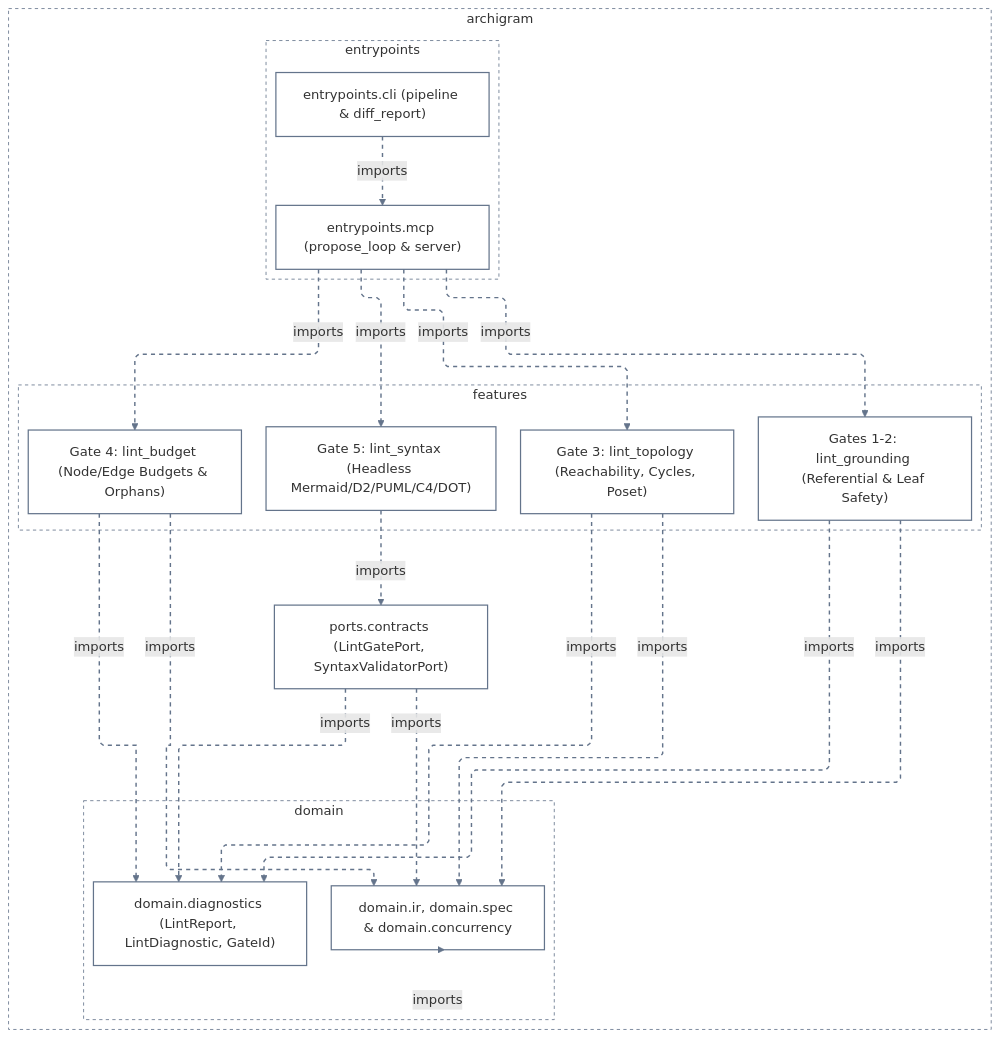
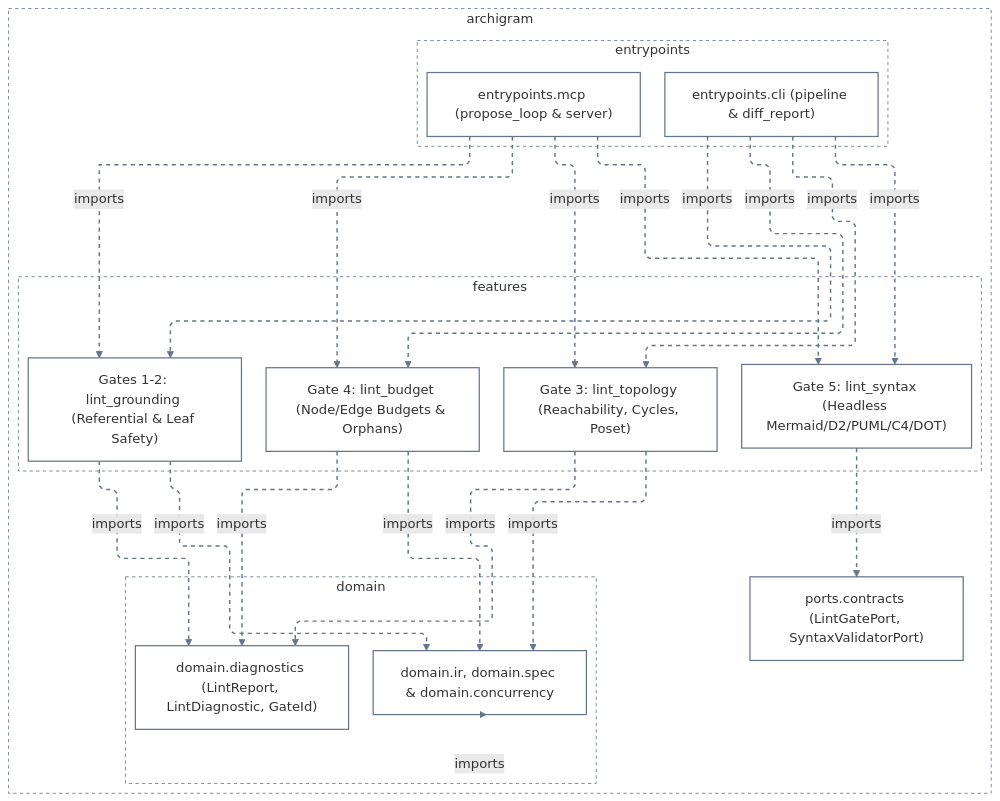
The third of 5 diagrams in docs/architecture/L2-subsystem-guides.md (klcd/archigram), drawn with Mermaid before and after one commit. The commit also changed other lines of this file and 39 other files, not shown here.

````diff
--- a/docs/architecture/L2-subsystem-guides.md
+++ b/docs/architecture/L2-subsystem-guides.md
@@ -172,51 +169,52 @@
 ```mermaid
 ---
 config:
   layout: elk
   elk:
     mergeEdges: false
     nodePlacementStrategy: BRANDES_KOEPF
   flowchart:
     defaultRenderer: elk
     curve: linear
 ---
 flowchart TD
   classDef default fill:transparent,stroke:#64748b,stroke-width:1.5px
   subgraph n0["archigram"]
     subgraph n1["domain"]
       n5["domain.diagnostics (LintReport, LintDiagnostic, GateId)"]
       n6["domain.ir, domain.spec & domain.concurrency"]
     end
     subgraph n2["entrypoints"]
       n4["entrypoints.cli (pipeline & diff_report)"]
       n11["entrypoints.mcp (propose_loop & server)"]
     end
     subgraph n3["features"]
       n7["Gates 1-2: lint_grounding (Referential & Leaf Safety)"]
       n8["Gate 3: lint_topology (Reachability, Cycles, Poset)"]
       n9["Gate 4: lint_budget (Node/Edge Budgets & Orphans)"]
       n10["Gate 5: lint_syntax (Headless Mermaid/D2/PUML/C4/DOT)"]
     end
     n12["ports.contracts (LintGatePort, SyntaxValidatorPort)"]
   end
   style n0 fill:transparent,stroke:#64748b,stroke-width:1px,stroke-dasharray:4 4
   style n1 fill:transparent,stroke:#64748b,stroke-width:1px,stroke-dasharray:4 4
   style n2 fill:transparent,stroke:#64748b,stroke-width:1px,stroke-dasharray:4 4
   style n3 fill:transparent,stroke:#64748b,stroke-width:1px,stroke-dasharray:4 4
   n9 -.->|"imports"| n5
   n8 -.->|"imports"| n5
   n7 -.->|"imports"| n5
   n6 -.->|"imports"| n1
   n8 -.->|"imports"| n6
   n7 -.->|"imports"| n6
-  n12 -.->|"imports"| n6
   n9 -.->|"imports"| n6
   n11 -.->|"imports"| n7
+  n4 -.->|"imports"| n7
+  n4 -.->|"imports"| n8
   n11 -.->|"imports"| n8
+  n4 -.->|"imports"| n9
   n11 -.->|"imports"| n9
   n11 -.->|"imports"| n10
-  n4 -.->|"imports"| n11
-  n12 -.->|"imports"| n5
+  n4 -.->|"imports"| n10
   n10 -.->|"imports"| n12
-  linkStyle 0,1,2,3,4,5,6,7,8,9,10,11,12,13,14 stroke:#64748b,stroke-width:1.75px,stroke-dasharray:5 5
+  linkStyle 0,1,2,3,4,5,6,7,8,9,10,11,12,13,14,15 stroke:#64748b,stroke-width:1.75px,stroke-dasharray:5 5
 ```
````
